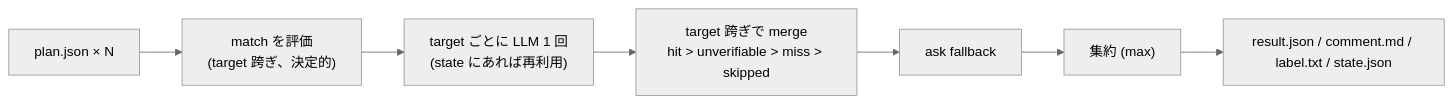
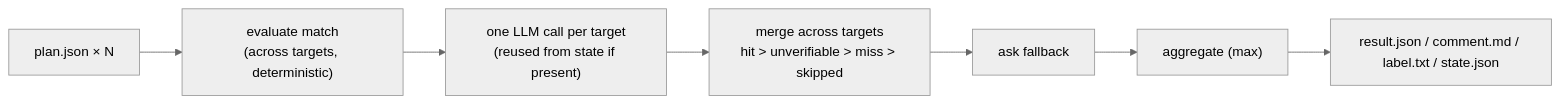
Before and after one commit to nakamasato/tfreview: the diagram in docs/superpowers/specs/2026-09-02-tfreview-design.md, drawn with Mermaid (neutral theme). The commit also changed other lines of this file and 26 other files, not shown here.

````diff
--- a/docs/superpowers/specs/2026-09-02-tfreview-design.md
+++ b/docs/superpowers/specs/2026-09-02-tfreview-design.md
@@ -150,9 +155,9 @@
 ```mermaid
 flowchart LR
-    plans["plan.json × N"] --> match["match を評価<br/>(target 跨ぎ、決定的)"]
-    match --> llm["target ごとに LLM 1 回<br/>(state にあれば再利用)"]
-    llm --> merge["target 跨ぎで merge<br/>hit > unverifiable > miss > skipped"]
+    plans["plan.json × N"] --> match["evaluate match<br/>(across targets, deterministic)"]
+    match --> llm["one LLM call per target<br/>(reused from state if present)"]
+    llm --> merge["merge across targets<br/>hit > unverifiable > miss > skipped"]
     merge --> fb["ask fallback"]
-    fb --> agg["集約 (max)"]
+    fb --> agg["aggregate (max)"]
     agg --> out["result.json / comment.md / label.txt / state.json"]
 ```
````
